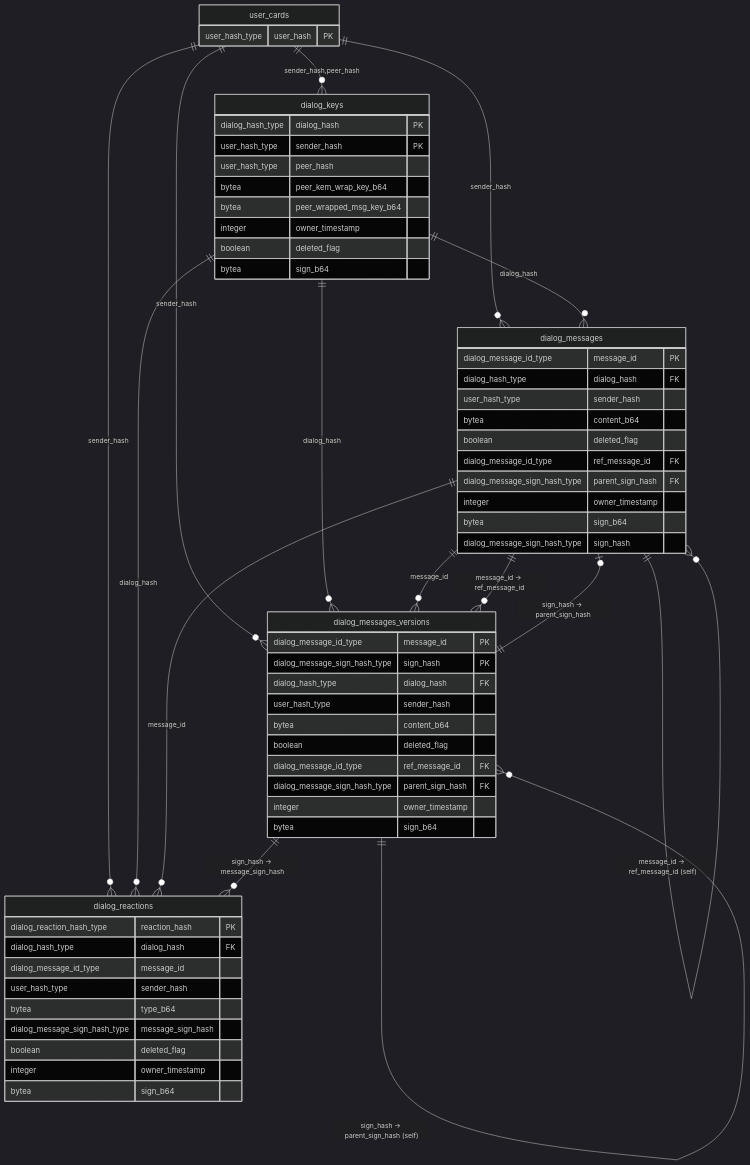
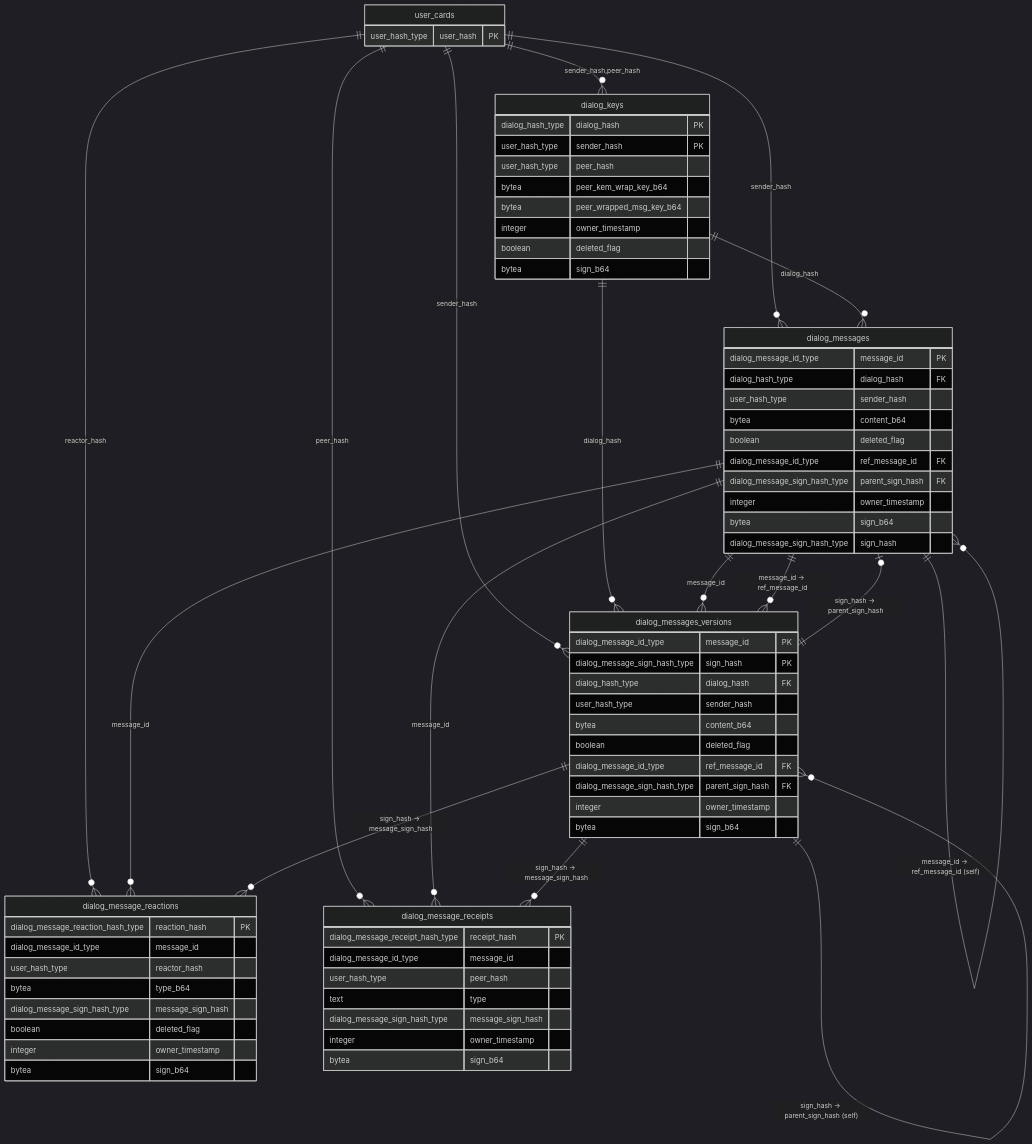
One commit to Buckitup-chat/chat changed the diagram in docs/reqs/pq_dialogs.md. Above: the diagram before and after it, drawn with Mermaid (dark theme). The commit also changed other lines of this file and 1 other file, not shown here.

Commit message:
pq: dialog message reactions

````diff
--- a/docs/reqs/pq_dialogs.md
+++ b/docs/reqs/pq_dialogs.md
@@ -23,11 +23,11 @@
     user_cards ||--o{ dialog_keys              : "sender_hash,peer_hash"
     user_cards ||--o{ dialog_messages          : "sender_hash"
     user_cards ||--o{ dialog_messages_versions : "sender_hash"
-    user_cards ||--o{ dialog_reactions         : "sender_hash"
+    user_cards ||--o{ dialog_message_reactions  : "reactor_hash"
+    user_cards ||--o{ dialog_message_receipts   : "peer_hash"
 
     dialog_keys ||--o{ dialog_messages          : "dialog_hash"
     dialog_keys ||--o{ dialog_messages_versions : "dialog_hash"
-    dialog_keys ||--o{ dialog_reactions         : "dialog_hash"
 
     dialog_messages          ||--o{ dialog_messages_versions : "message_id"
     dialog_messages_versions ||--o| dialog_messages          : "sign_hash → parent_sign_hash"
@@ -35,8 +35,11 @@
     dialog_messages          ||--o{ dialog_messages          : "message_id → ref_message_id (self)"
     dialog_messages          ||--o{ dialog_messages_versions : "message_id → ref_message_id"
 
-    dialog_messages          ||--o{ dialog_reactions : "message_id"
-    dialog_messages_versions ||--o{ dialog_reactions : "sign_hash → message_sign_hash"
+    dialog_messages          ||--o{ dialog_message_reactions : "message_id"
+    dialog_messages_versions ||--o{ dialog_message_reactions : "sign_hash → message_sign_hash"
+
+    dialog_messages          ||--o{ dialog_message_receipts  : "message_id"
+    dialog_messages_versions ||--o{ dialog_message_receipts  : "sign_hash → message_sign_hash"
 
     user_cards {
         user_hash_type  user_hash        PK
@@ -79,15 +82,24 @@
         bytea                         sign_b64
     }
 
-    dialog_reactions {
-        dialog_reaction_hash_type     reaction_hash      PK
-        dialog_hash_type              dialog_hash        FK
-        dialog_message_id_type        message_id
-        user_hash_type                sender_hash
-        bytea                         type_b64
-        dialog_message_sign_hash_type message_sign_hash
-        boolean                       deleted_flag
-        integer                       owner_timestamp
-        bytea                         sign_b64
+    dialog_message_reactions {
+        dialog_message_reaction_hash_type reaction_hash      PK
+        dialog_message_id_type            message_id
+        user_hash_type                    reactor_hash
+        bytea                             type_b64
+        dialog_message_sign_hash_type     message_sign_hash
+        boolean                           deleted_flag
+        integer                           owner_timestamp
+        bytea                             sign_b64
+    }
+
+    dialog_message_receipts {
+        dialog_message_receipt_hash_type  receipt_hash       PK
+        dialog_message_id_type            message_id
+        user_hash_type                    peer_hash
+        text                              type
+        dialog_message_sign_hash_type     message_sign_hash
+        integer                           owner_timestamp
+        bytea                             sign_b64
     }
 ```
````
